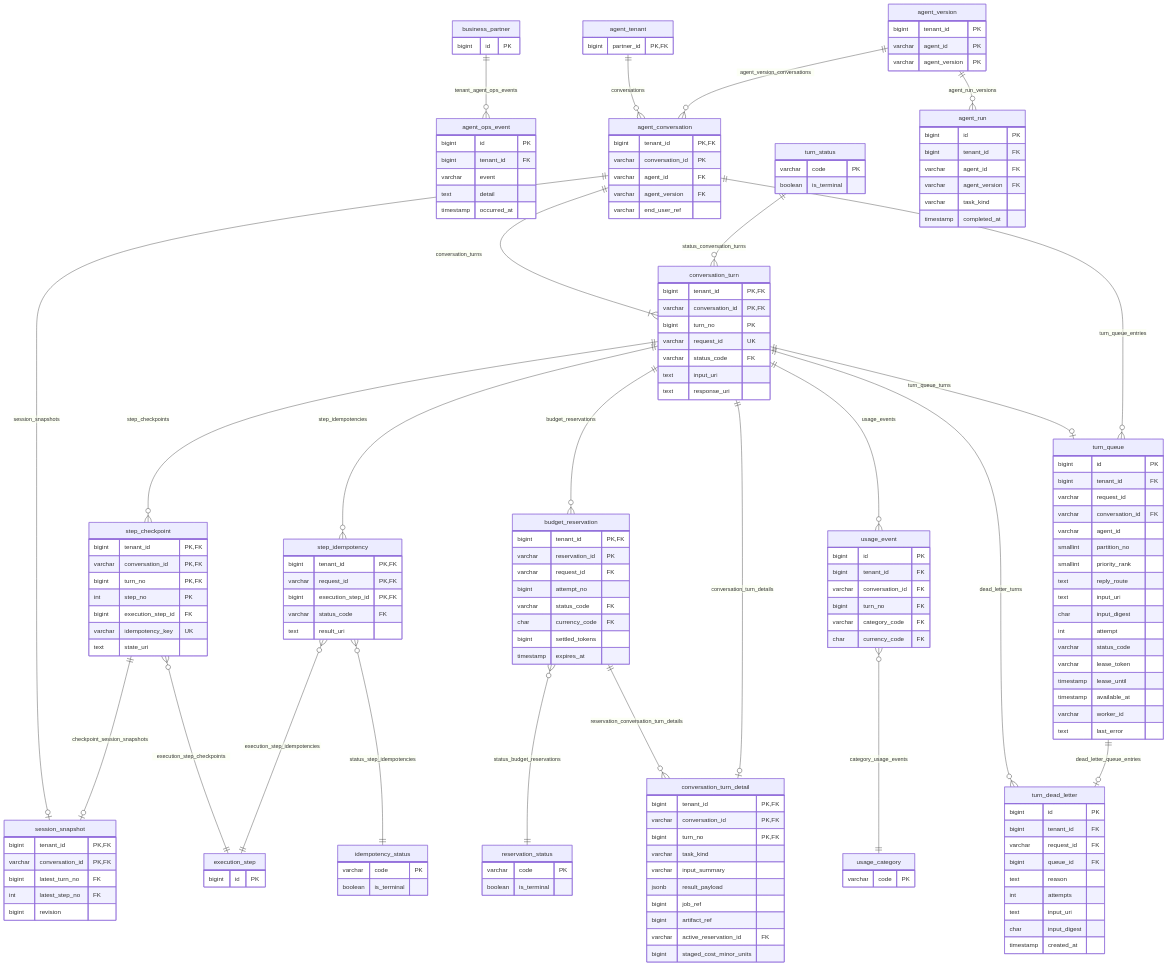
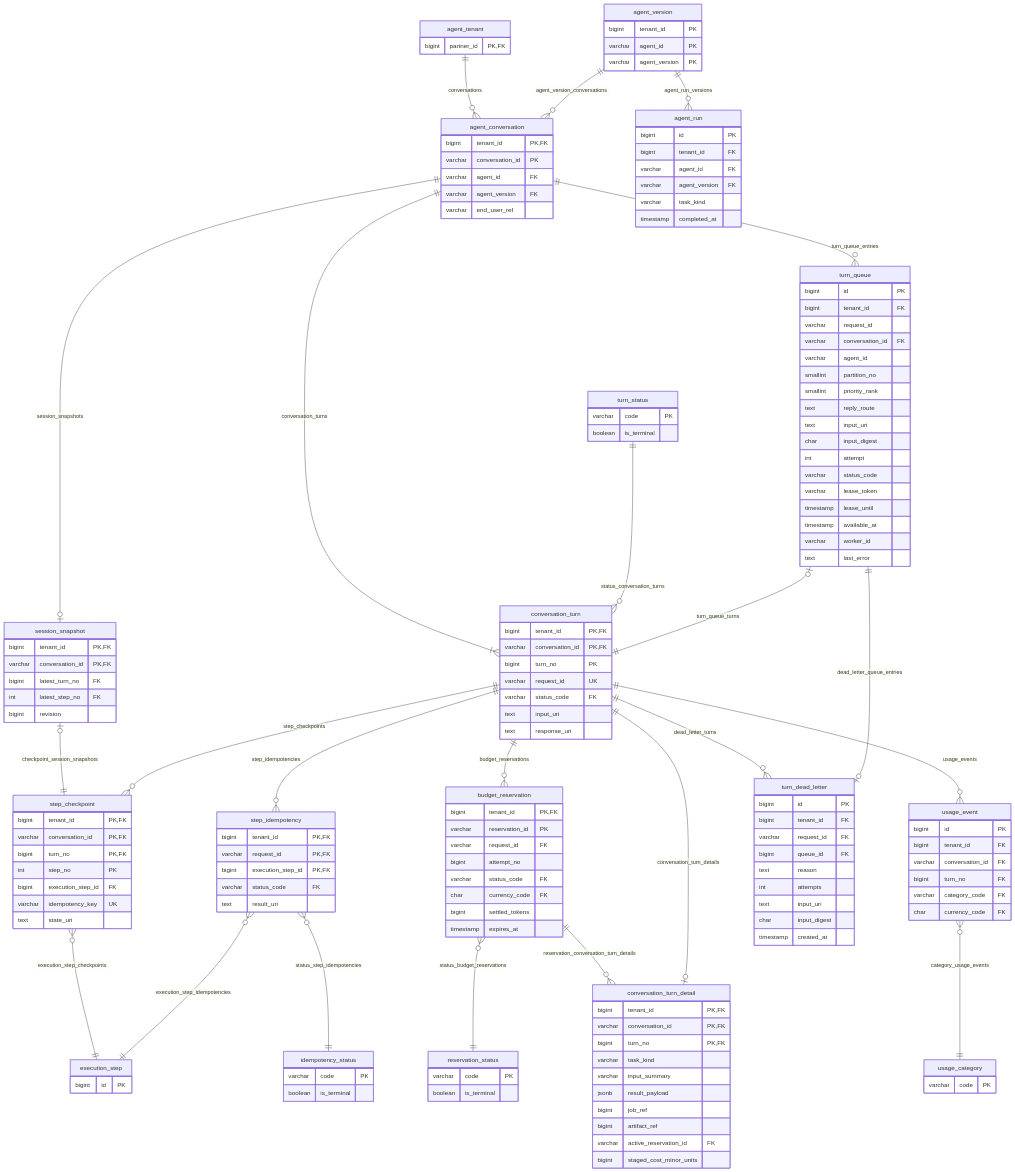
Diagram 13 of 16 in doc/database.md (nauticana/scout), drawn with Mermaid before and after one commit. The commit also changed other lines of this file and 179 other files, not shown here.

````diff
--- a/doc/database.md
+++ b/doc/database.md
@@ -700,14 +1064,10 @@
 ```mermaid
 erDiagram
-    business_partner ||--o{ agent_ops_event : tenant_agent_ops_events
-
     agent_tenant ||--o{ agent_conversation : conversations
     agent_version ||--o{ agent_conversation : agent_version_conversations
-    agent_conversation ||--|{ conversation_turn : conversation_turns
-    turn_status ||--o{ conversation_turn : status_conversation_turns
+    agent_conversation ||--o| session_snapshot : session_snapshots
+    session_snapshot |o--|| step_checkpoint : checkpoint_session_snapshots
     conversation_turn ||--o{ step_checkpoint : step_checkpoints
-    agent_conversation ||--o| session_snapshot : session_snapshots
-    step_checkpoint ||--o| session_snapshot : checkpoint_session_snapshots
     conversation_turn ||--o{ step_idempotency : step_idempotencies
     step_checkpoint }o--|| execution_step : execution_step_checkpoints
     step_idempotency }o--|| execution_step : execution_step_idempotencies
@@ -716,12 +1076,14 @@
     budget_reservation }o--|| reservation_status : status_budget_reservations
     budget_reservation ||--o{ conversation_turn_detail : reservation_conversation_turn_details
     conversation_turn ||--o{ usage_event : usage_events
+    usage_event }o--|| usage_category : category_usage_events
+    agent_conversation ||--|{ conversation_turn : conversation_turns
+    turn_status ||--o{ conversation_turn : status_conversation_turns
     conversation_turn ||--o| conversation_turn_detail : conversation_turn_details
     conversation_turn ||--o{ turn_dead_letter : dead_letter_turns
-    conversation_turn ||--o| turn_queue : turn_queue_turns
+    turn_queue |o--|| conversation_turn : turn_queue_turns
     agent_conversation ||--o{ turn_queue : turn_queue_entries
     turn_queue ||--o| turn_dead_letter : dead_letter_queue_entries
-    usage_event }o--|| usage_category : category_usage_events
     agent_version ||--o{ agent_run : agent_run_versions
 
     agent_tenant {
@@ -827,16 +1189,6 @@
         varchar task_kind
         timestamp completed_at
     }
-    agent_ops_event {
-        bigint id PK
-        bigint tenant_id FK
-        varchar event
-        text detail
-        timestamp occurred_at
-    }
-    business_partner {
-        bigint id PK
-    }
     turn_queue {
         bigint id PK
         bigint tenant_id FK
````
